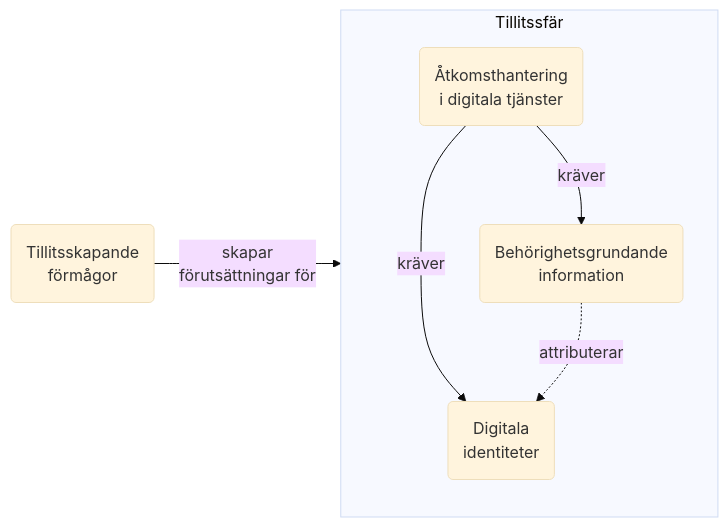
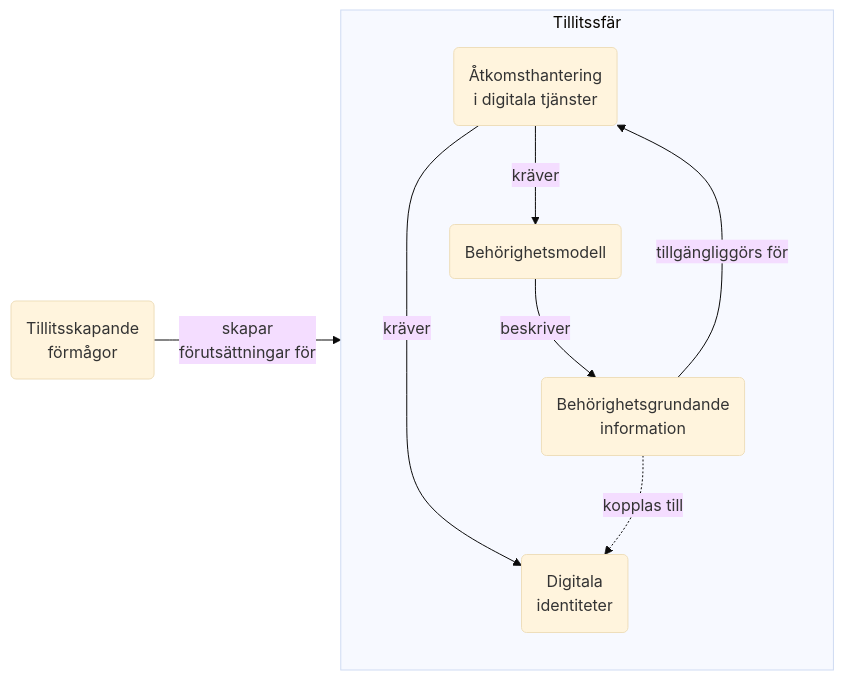
The first of 5 diagrams in IAM_TargetArchitecture_Sweden.md (diggsweden/ena-authorization), drawn with Mermaid (base theme) before and after one commit. The commit also changed other lines of this file, not shown here.

````diff
--- a/IAM_TargetArchitecture_Sweden.md
+++ b/IAM_TargetArchitecture_Sweden.md
@@ -7,13 +7,17 @@
 ```mermaid
 graph LR
 subgraph TS[Tillitssfär]
-ID(Digitala\n identiteter) 
-B(Behörighetsgrundande\ninformation)
-Å(Åtkomsthantering \ni digitala tjänster)
+    ID(Digitala\n identiteter) 
+    B(Behörighetsgrundande\ninformation)
+    BM(Behörighetsmodell)
+    Å(Åtkomsthantering \ni digitala tjänster)
 end
+
 T(Tillitsskapande\n förmågor)
 Å --kräver--> ID
 T --skapar\n förutsättningar för --> TS
-B -.attributerar.->ID
-Å --kräver--> B
+B -.kopplas till.->ID
+Å --kräver--> BM
+BM --beskriver--> B
+B --tillgängliggörs för--> Å
 ```
````
